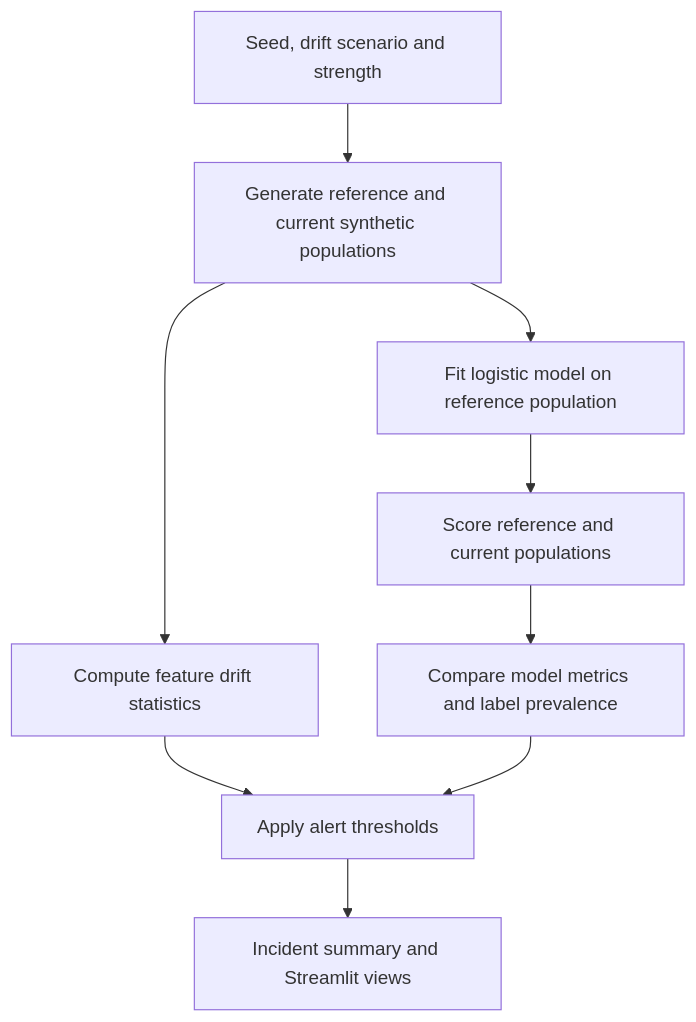
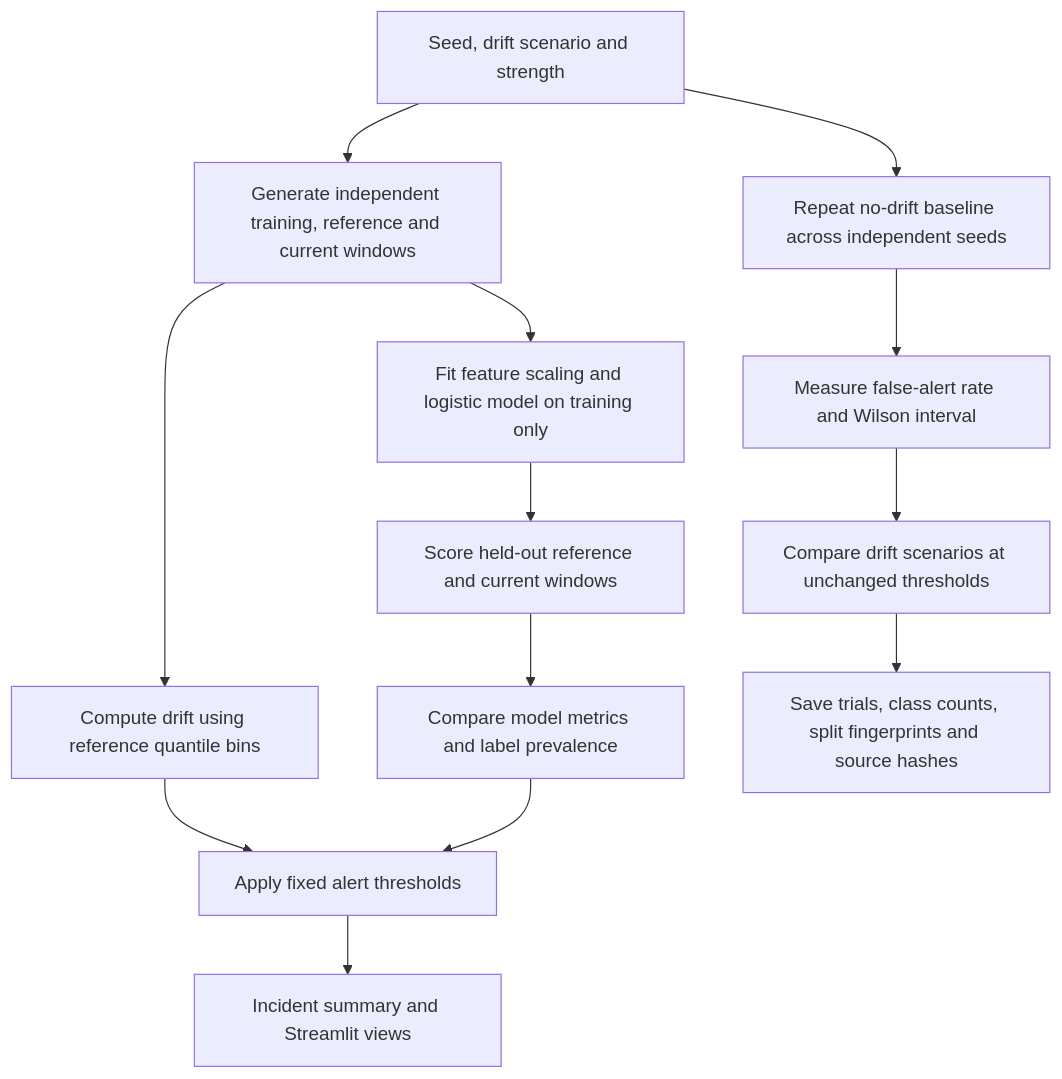
The diagram in WORKFLOW.md (Zinga18018/driftlab-model-monitoring-simulator), drawn with Mermaid before and after one commit. The commit also changed other lines of this file and 15 other files, not shown here.

Commit message:
Separate monitoring reference data and measure false alerts across repeated trials

````diff
--- a/WORKFLOW.md
+++ b/WORKFLOW.md
@@ -9,11 +9,15 @@
 ```mermaid
 flowchart TD
-A["Seed, drift scenario and strength"] --> B["Generate reference and current synthetic populations"]
-    B --> C["Fit logistic model on reference population"]
-    C --> D["Score reference and current populations"]
-    B --> E["Compute feature drift statistics"]
+    A["Seed, drift scenario and strength"] --> B["Generate independent training, reference and current windows"]
+    B --> C["Fit feature scaling and logistic model on training only"]
+    C --> D["Score held-out reference and current windows"]
+    B --> E["Compute drift using reference quantile bins"]
     D --> F["Compare model metrics and label prevalence"]
-    E --> G["Apply alert thresholds"]
+    E --> G["Apply fixed alert thresholds"]
     F --> G
     G --> H["Incident summary and Streamlit views"]
+    A --> I["Repeat no-drift baseline across independent seeds"]
+    I --> J["Measure false-alert rate and Wilson interval"]
+    J --> K["Compare drift scenarios at unchanged thresholds"]
+    K --> L["Save trials, class counts, split fingerprints and source hashes"]
 ```
````
